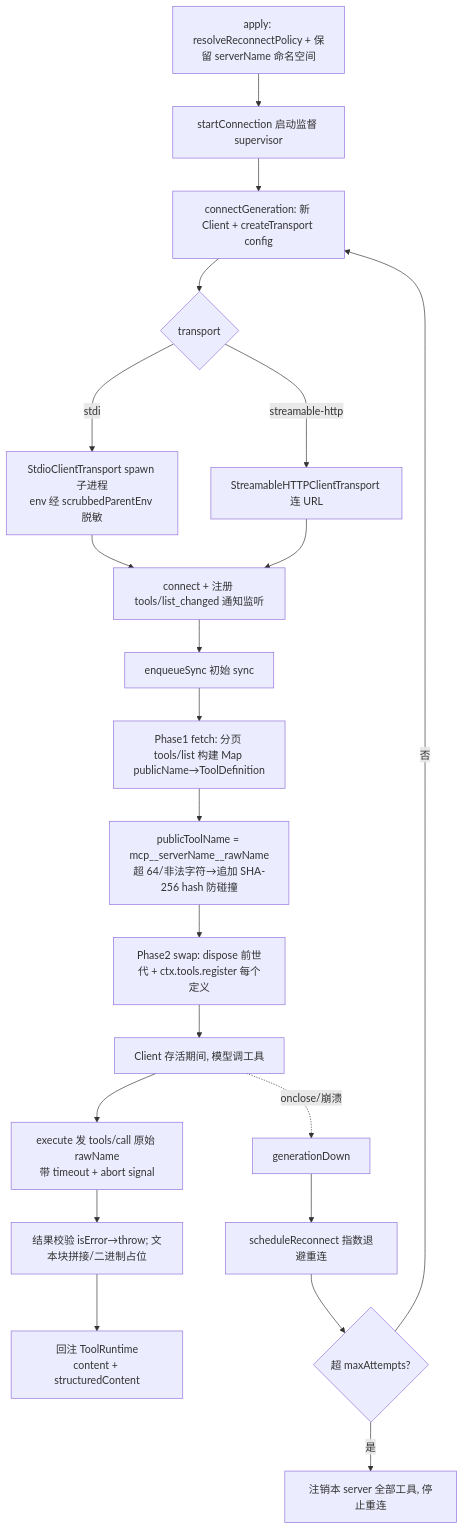
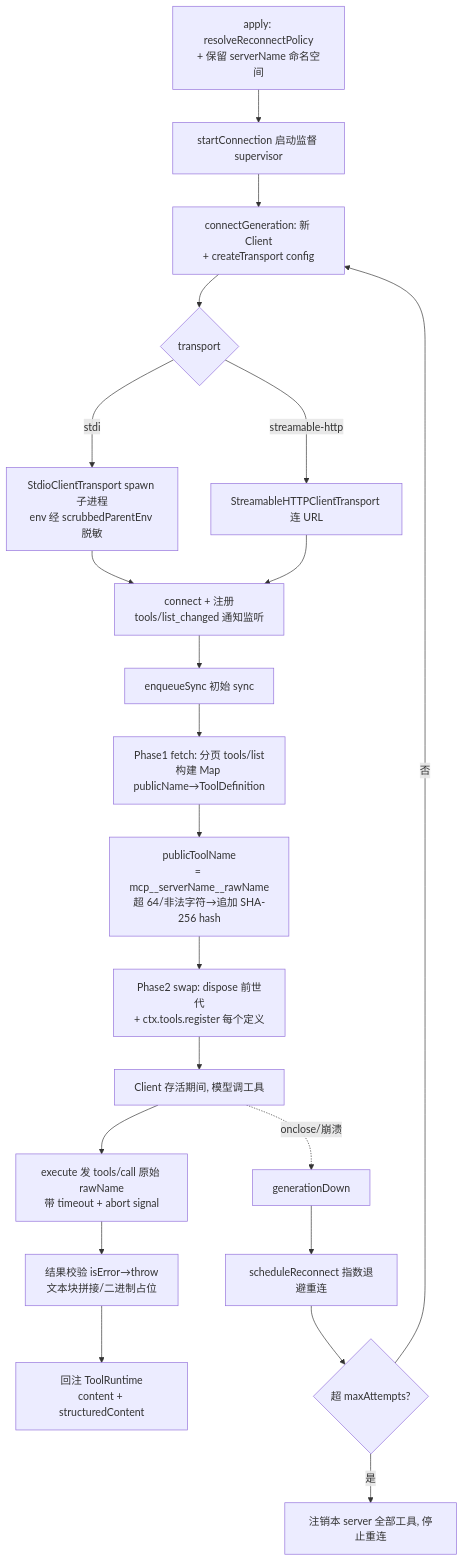
One commit to morehao/oss-insights changed the third of 4 diagrams in ai-agent/deepseek-harness/skill-mcp.md. Above: the diagram before and after it, drawn with Mermaid. The commit also changed other lines of this file and 27 other files, not shown here.

````diff
--- a/ai-agent/deepseek-harness/skill-mcp.md
+++ b/ai-agent/deepseek-harness/skill-mcp.md
@@ -113,23 +172,42 @@
 ```mermaid
 flowchart TD
-    A[apply: resolveReconnectPolicy + 保留 serverName 命名空间] --> B[startConnection 启动监督 supervisor]
-    B --> C[connectGeneration: 新 Client + createTransport config]
-    C --> D{transport}
-    D --stdio--> E[StdioClientTransport spawn 子进程<br>env 经 scrubbedParentEnv 脱敏]
-    D --streamable-http--> F[StreamableHTTPClientTransport 连 URL]
-    E --> G[connect + 注册 tools/list_changed 通知监听]
+    A["apply: resolveReconnectPolicy<br>+ 保留 serverName 命名空间"]
+    B["startConnection 启动监督 supervisor"]
+    C["connectGeneration: 新 Client<br>+ createTransport config"]
+    D{"transport"}
+    E["StdioClientTransport spawn 子进程<br>env 经 scrubbedParentEnv 脱敏"]
+    F["StreamableHTTPClientTransport 连 URL"]
+    G["connect + 注册<br>tools/list_changed 通知监听"]
+    H["enqueueSync 初始 sync"]
+    I["Phase1 fetch: 分页 tools/list<br>构建 Map publicName→ToolDefinition"]
+    J["publicToolName<br>= mcp__serverName__rawName<br>超 64/非法字符→追加 SHA-256 hash"]
+    K["Phase2 swap: dispose 前世代<br>+ ctx.tools.register 每个定义"]
+    L["Client 存活期间, 模型调工具"]
+    M["execute 发 tools/call 原始 rawName<br>带 timeout + abort signal"]
+    N["结果校验 isError→throw<br>文本块拼接/二进制占位"]
+    O["回注 ToolRuntime<br>content + structuredContent"]
+    P["generationDown"]
+    Q["scheduleReconnect 指数退避重连"]
+    R{"超 maxAttempts?"}
+    S["注销本 server 全部工具, 停止重连"]
+    A --> B
+    B --> C
+    C --> D
+    D --stdio--> E
+    D --streamable-http--> F
+    E --> G
     F --> G
-    G --> H[enqueueSync 初始 sync]
-    H --> I[Phase1 fetch: 分页 tools/list 构建 Map publicName→ToolDefinition]
-    I --> J[publicToolName = mcp__serverName__rawName<br>超 64/非法字符→追加 SHA-256 hash 防碰撞]
-    J --> K[Phase2 swap: dispose 前世代 + ctx.tools.register 每个定义]
-    K --> L[Client 存活期间, 模型调工具]
-    L --> M[execute 发 tools/call 原始 rawName<br>带 timeout + abort signal]
-    M --> N[结果校验 isError→throw; 文本块拼接/二进制占位]
-    N --> O[回注 ToolRuntime<br>content + structuredContent]
-    L -.onclose/崩溃.-> P[generationDown]
-    P --> Q[scheduleReconnect 指数退避重连]
-    Q --> R{超 maxAttempts?}
+    G --> H
+    H --> I
+    I --> J
+    J --> K
+    K --> L
+    L --> M
+    M --> N
+    N --> O
+    L -.onclose/崩溃.-> P
+    P --> Q
+    Q --> R
     R --否--> C
-    R --是--> S[注销本 server 全部工具, 停止重连]
+    R --是--> S
 ```
````
